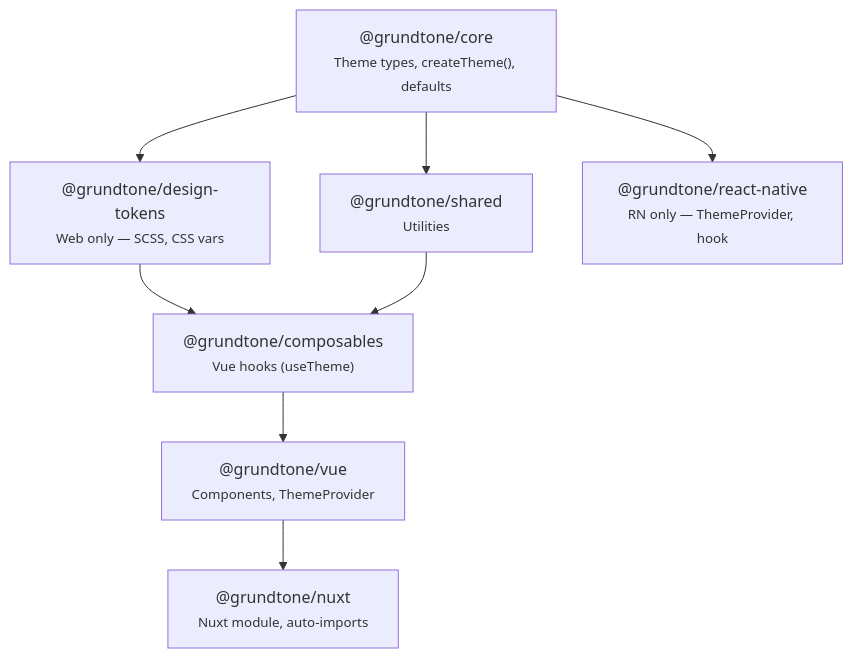
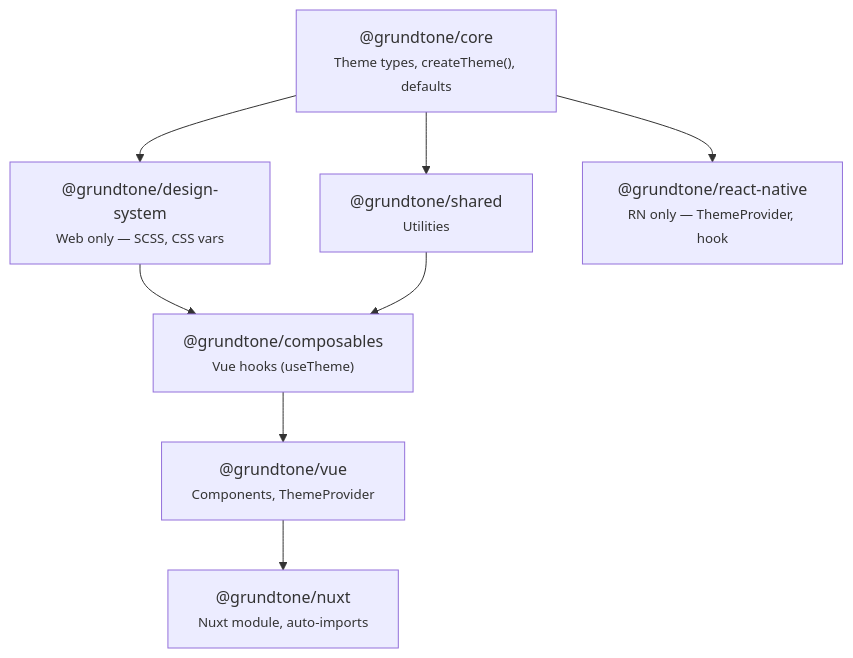
One commit to KlangHaus/grundtone changed the diagram in apps/docs/core/package-architecture.md. Above: the diagram before and after it, drawn with Mermaid. The commit also changed other lines of this file and 46 other files, not shown here.

Commit message:
docs: rename design-tokens to design-system across all docs and changelogs

````diff
--- a/apps/docs/core/package-architecture.md
+++ b/apps/docs/core/package-architecture.md
@@ -7,18 +7,18 @@
 ```mermaid
 graph TD
     core["@grundtone/core<br/><small>Theme types, createTheme(), defaults</small>"]
-    tokens["@grundtone/design-tokens<br/><small>Web only — SCSS, CSS vars</small>"]
+    tokens["@grundtone/design-system<br/><small>Web only — SCSS, CSS vars</small>"]
     shared["@grundtone/shared<br/><small>Utilities</small>"]
     rn["@grundtone/react-native<br/><small>RN only — ThemeProvider, hook</small>"]
     composables["@grundtone/composables<br/><small>Vue hooks (useTheme)</small>"]
     vue["@grundtone/vue<br/><small>Components, ThemeProvider</small>"]
     nuxt["@grundtone/nuxt<br/><small>Nuxt module, auto-imports</small>"]
 
     core --> tokens
     core --> shared
     core --> rn
     tokens --> composables
     shared --> composables
     composables --> vue
     vue --> nuxt
 ```
````
